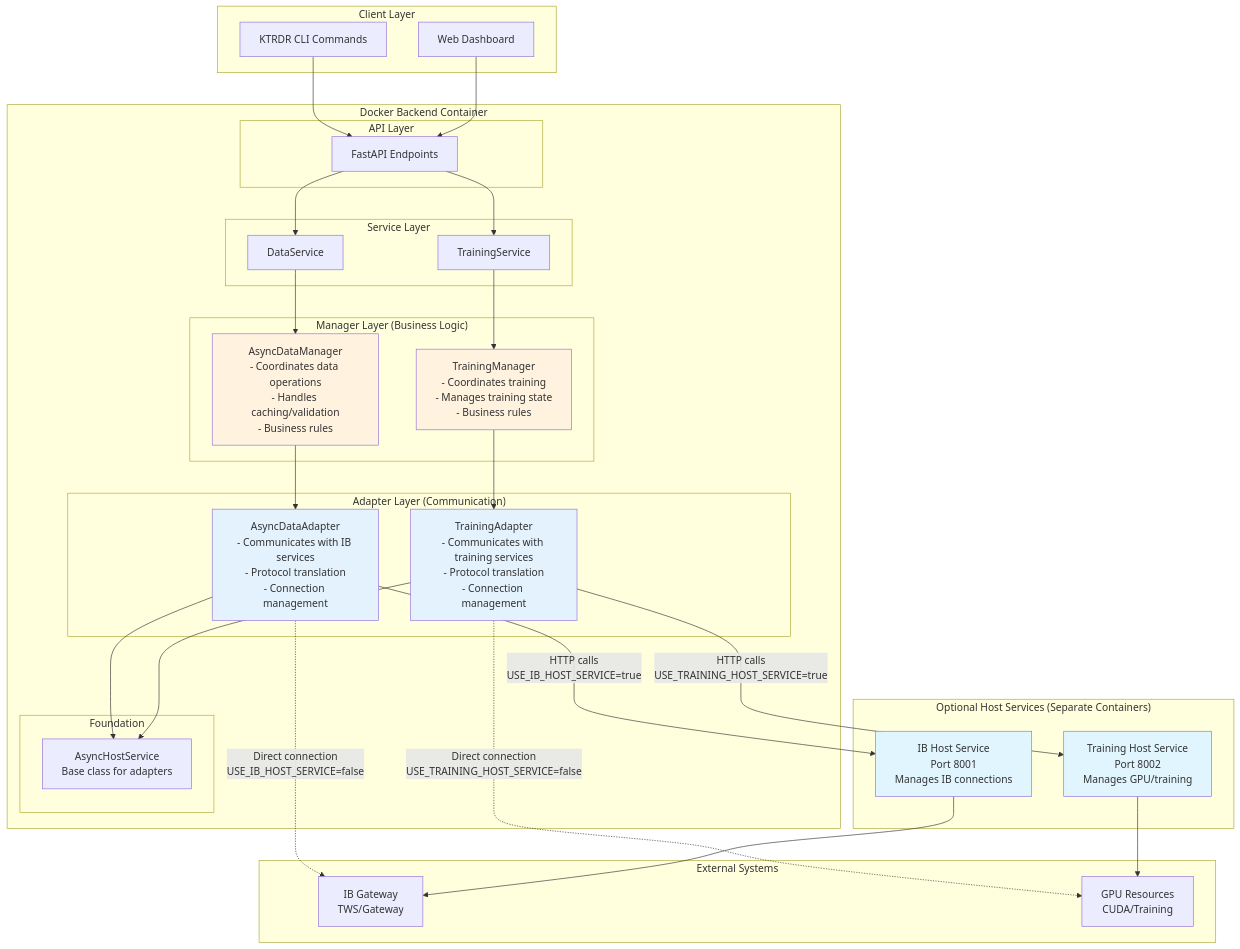
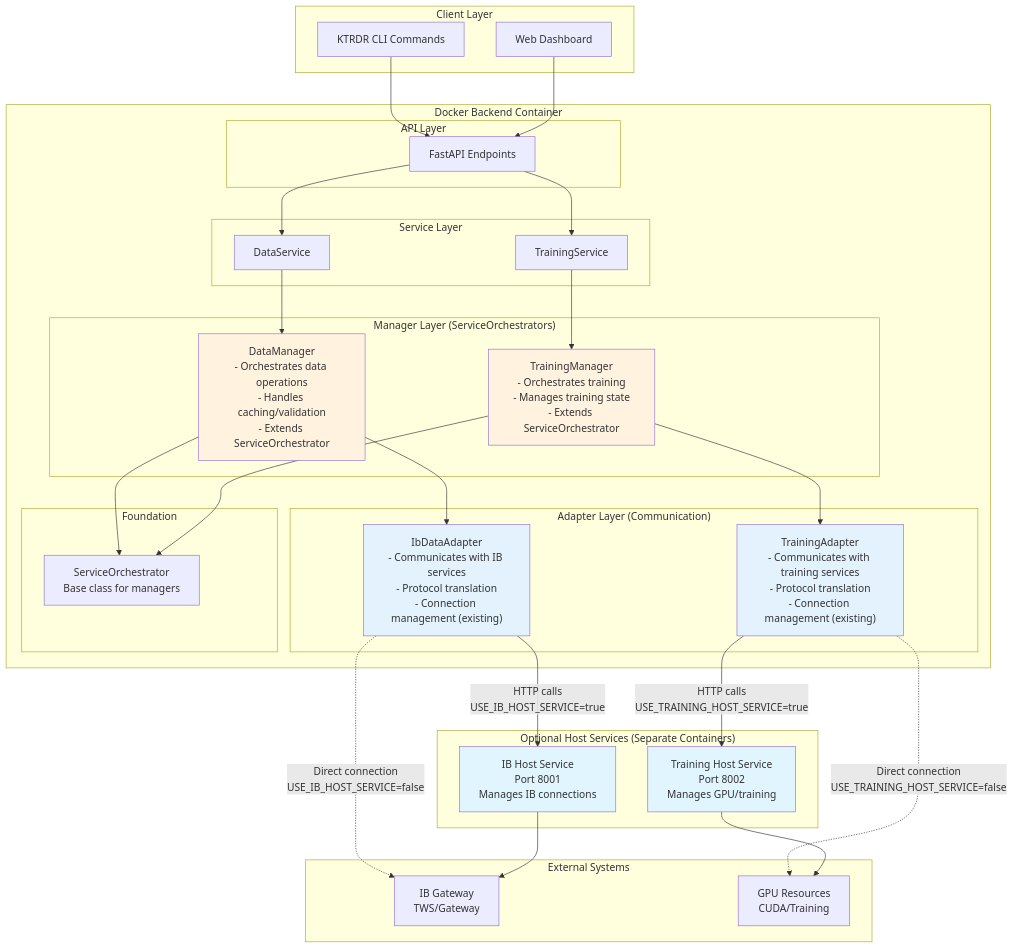
The second of 3 diagrams in docs/architecture/async/async-architecture-recommended.md (kpiteira/ktrdr), drawn with Mermaid before and after one commit. The commit also changed other lines of this file and 5 other files, not shown here.

First line of the commit message:
feat: implement ServiceOrchestrator-based async DataManager

````diff
--- a/docs/architecture/async/async-architecture-recommended.md
+++ b/docs/architecture/async/async-architecture-recommended.md
@@ -92,70 +97,70 @@
 ```mermaid
 graph TB
     subgraph "Client Layer"
         CLI["KTRDR CLI Commands"]
         WEB["Web Dashboard"]
     end
     
     subgraph "Docker Backend Container"
         subgraph "API Layer"
             API["FastAPI Endpoints"]
         end
         
         subgraph "Service Layer"
             DS["DataService"]
             TS["TrainingService"]
         end
         
-        subgraph "Manager Layer (Business Logic)"
-            DM["AsyncDataManager<br/>- Coordinates data operations<br/>- Handles caching/validation<br/>- Business rules"]
-            TM["TrainingManager<br/>- Coordinates training<br/>- Manages training state<br/>- Business rules"]
+        subgraph "Manager Layer (ServiceOrchestrators)"
+            DM["DataManager<br/>- Orchestrates data operations<br/>- Handles caching/validation<br/>- Extends ServiceOrchestrator"]
+            TM["TrainingManager<br/>- Orchestrates training<br/>- Manages training state<br/>- Extends ServiceOrchestrator"]
         end
         
         subgraph "Adapter Layer (Communication)"
-            DA["AsyncDataAdapter<br/>- Communicates with IB services<br/>- Protocol translation<br/>- Connection management"]
-            TA["TrainingAdapter<br/>- Communicates with training services<br/>- Protocol translation<br/>- Connection management"]
+            DA["IbDataAdapter<br/>- Communicates with IB services<br/>- Protocol translation<br/>- Connection management (existing)"]
+            TA["TrainingAdapter<br/>- Communicates with training services<br/>- Protocol translation<br/>- Connection management (existing)"]
         end
         
         subgraph "Foundation"
-            AHS["AsyncHostService<br/>Base class for adapters"]
+            SO["ServiceOrchestrator<br/>Base class for managers"]
         end
     end
     
     subgraph "Optional Host Services (Separate Containers)"
         IB_HOST["IB Host Service<br/>Port 8001<br/>Manages IB connections"]
         TRAIN_HOST["Training Host Service<br/>Port 8002<br/>Manages GPU/training"]
     end
     
     subgraph "External Systems"
         IB_GW["IB Gateway<br/>TWS/Gateway"]
         GPU["GPU Resources<br/>CUDA/Training"]
     end
     
     CLI --> API
     WEB --> API
     
     API --> DS --> DM --> DA
     API --> TS --> TM --> TA
     
-    DA --> AHS
-    TA --> AHS
+    DM --> SO
+    TM --> SO
     
     %% Host service paths (recommended)
     DA -->|"HTTP calls<br/>USE_IB_HOST_SERVICE=true"| IB_HOST
     TA -->|"HTTP calls<br/>USE_TRAINING_HOST_SERVICE=true"| TRAIN_HOST
     
     %% Direct connection fallback
     DA -.->|"Direct connection<br/>USE_IB_HOST_SERVICE=false"| IB_GW
     TA -.->|"Direct connection<br/>USE_TRAINING_HOST_SERVICE=false"| GPU
     
     %% Host services to external systems
     IB_HOST --> IB_GW
     TRAIN_HOST --> GPU
     
     style DM fill:#fff3e0
     style TM fill:#fff3e0
     style DA fill:#e3f2fd
     style TA fill:#e3f2fd
     style IB_HOST fill:#e1f5fe
     style TRAIN_HOST fill:#e1f5fe
 ```
````
